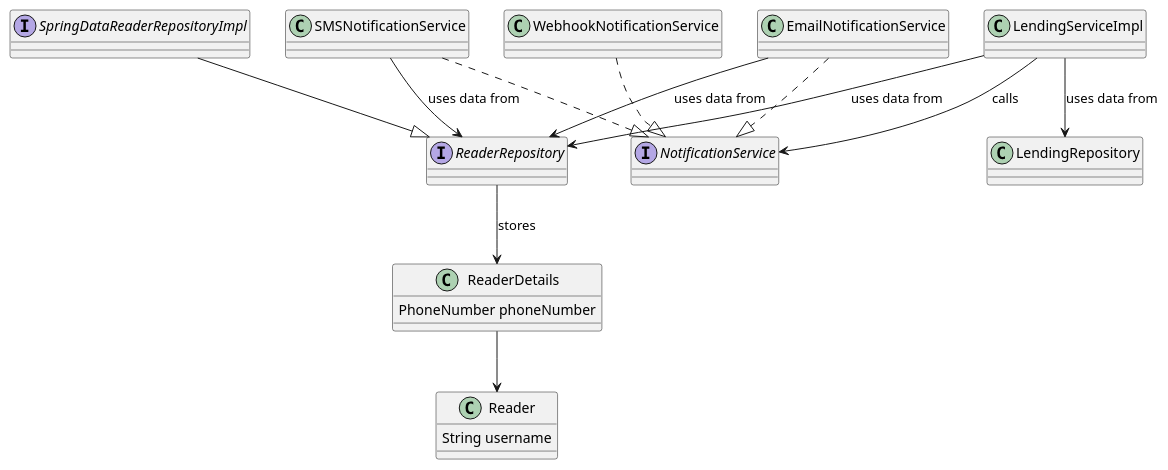
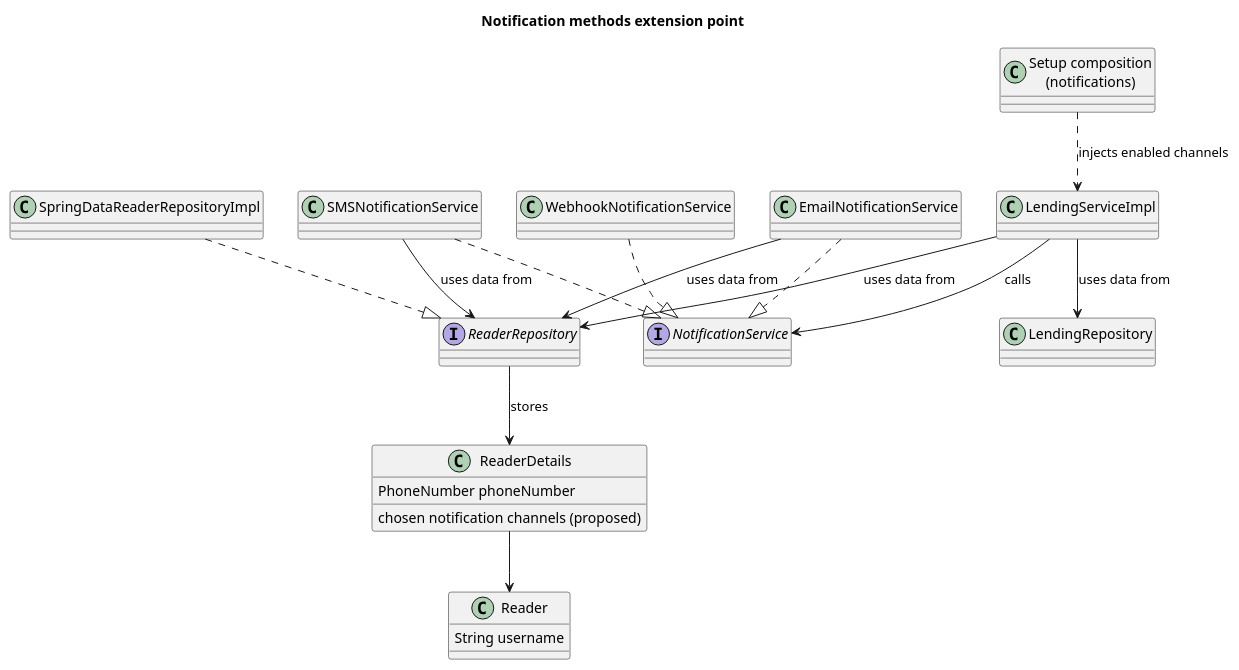
The diagram in Docs/DocsMasterDegree/system-to-be/Images/NotificationMethodsExtensibilityStructure.puml (Max1124/ARQSOFT_ODSOFT_G6), drawn with PlantUML before and after one commit. The commit also changed 20 other files, not shown here.

First line of the commit message:
docs(add): align notification methods across extensibility, configurability and testability

```diff
--- a/Docs/DocsMasterDegree/system-to-be/Images/NotificationMethodsExtensibilityStructure.puml
+++ b/Docs/DocsMasterDegree/system-to-be/Images/NotificationMethodsExtensibilityStructure.puml
@@ -1,34 +1,38 @@
 @startuml
+title Notification methods extension point
 interface NotificationService
 class SMSNotificationService
 class EmailNotificationService
 class WebhookNotificationService
 
 class LendingServiceImpl
 class LendingRepository
+class "Setup composition\n(notifications)" as Composition
 
 interface ReaderRepository
-interface SpringDataReaderRepositoryImpl
+class SpringDataReaderRepositoryImpl
 
 class ReaderDetails {
   PhoneNumber phoneNumber
+  chosen notification channels (proposed)
 }
 class Reader {
   String username
 }
 
 SMSNotificationService ..|> NotificationService
 EmailNotificationService ..|> NotificationService
 WebhookNotificationService ..|> NotificationService
-SpringDataReaderRepositoryImpl --|> ReaderRepository
+SpringDataReaderRepositoryImpl ..|> ReaderRepository
 
+Composition ..> LendingServiceImpl : injects enabled channels
 LendingServiceImpl --> NotificationService : calls
 LendingServiceImpl --> LendingRepository : uses data from
 LendingServiceImpl --> ReaderRepository : uses data from
 
 SMSNotificationService --> ReaderRepository : uses data from
 EmailNotificationService --> ReaderRepository : uses data from
 
 ReaderRepository --> ReaderDetails : stores
 ReaderDetails --> Reader
 @enduml
```
